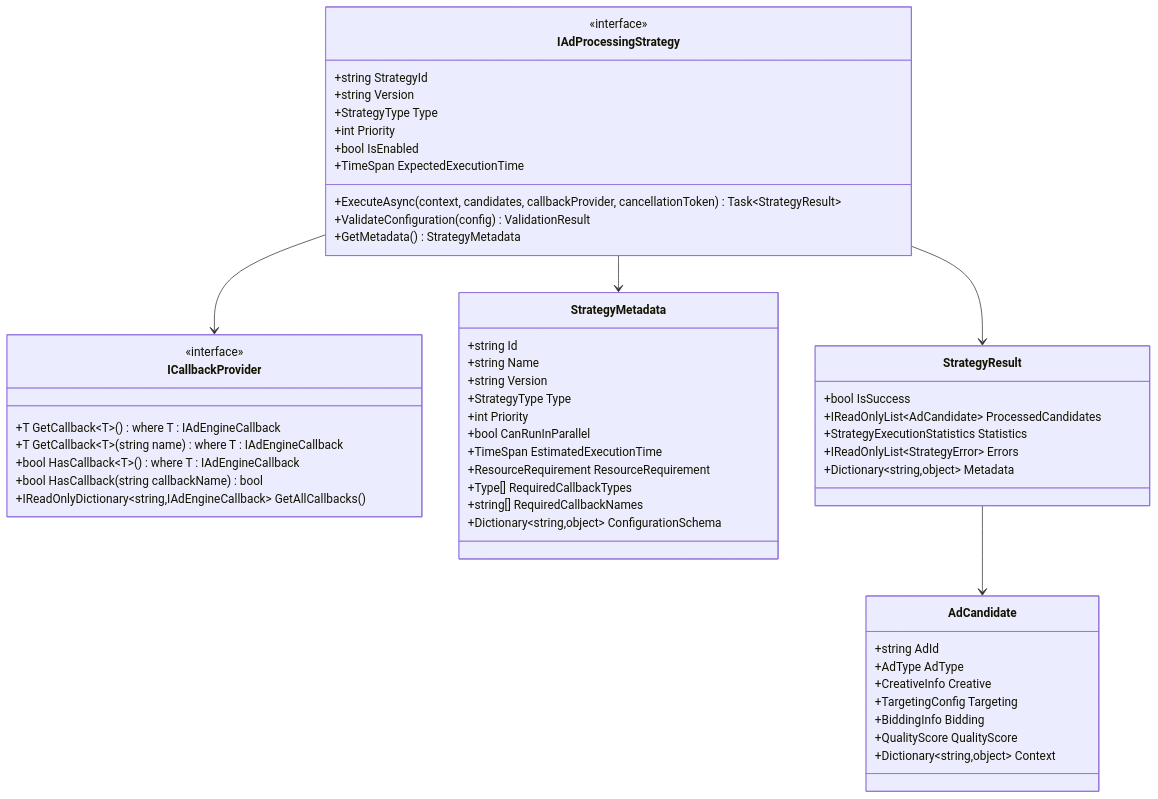
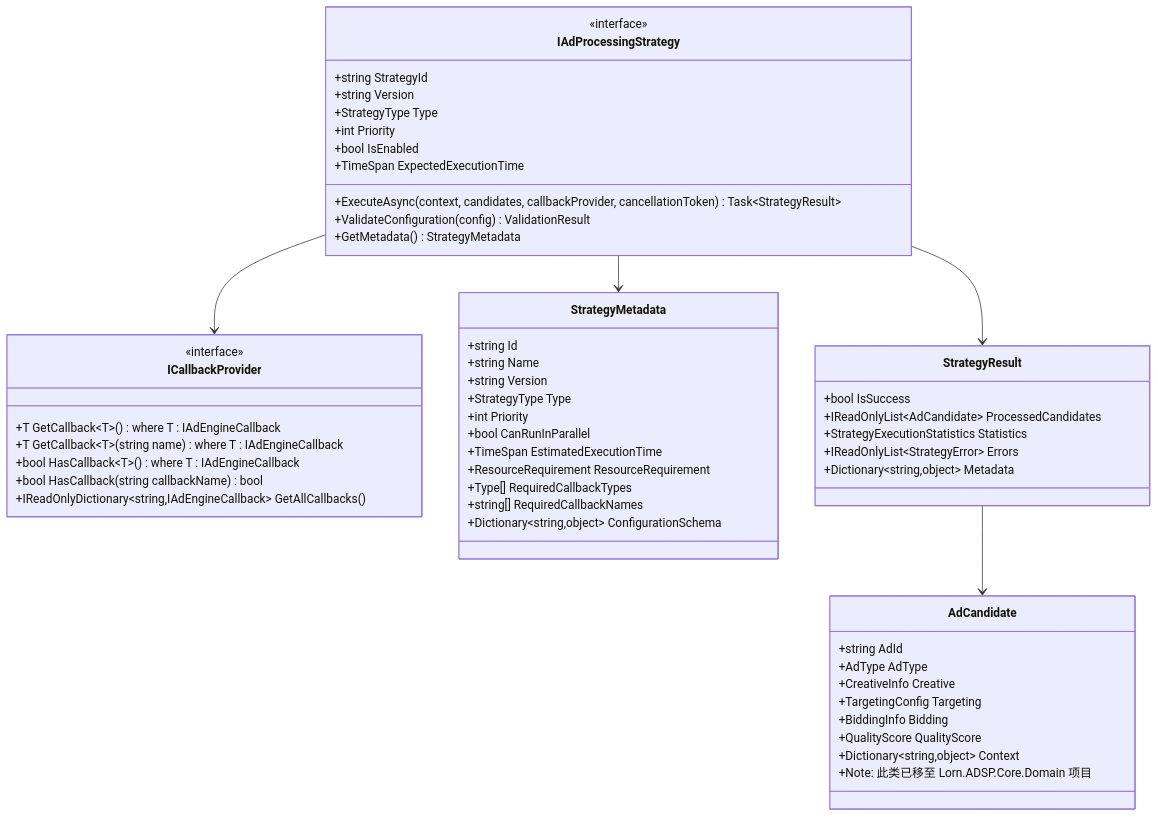
The second of 13 diagrams in docs_TecDesign/广告投放引擎/广告引擎抽象层设计.md (lornshrimp/Lorn.ADSP), drawn with Mermaid before and after one commit. The commit also changed other lines of this file and 71 other files, not shown here.

````diff
--- a/docs_TecDesign/广告投放引擎/广告引擎抽象层设计.md
+++ b/docs_TecDesign/广告投放引擎/广告引擎抽象层设计.md
@@ -64,61 +70,62 @@
 ```mermaid
 classDiagram
     class IAdProcessingStrategy {
         <<interface>>
         +string StrategyId
         +string Version
         +StrategyType Type
         +int Priority
         +bool IsEnabled
         +TimeSpan ExpectedExecutionTime
         +ExecuteAsync(context, candidates, callbackProvider, cancellationToken) Task~StrategyResult~
         +ValidateConfiguration(config) ValidationResult
         +GetMetadata() StrategyMetadata
     }
     
     class ICallbackProvider {
         <<interface>>
         +T GetCallback~T~() where T : IAdEngineCallback
         +T GetCallback~T~(string name) where T : IAdEngineCallback
         +bool HasCallback~T~() where T : IAdEngineCallback
         +bool HasCallback(string callbackName) bool
         +IReadOnlyDictionary~string,IAdEngineCallback~ GetAllCallbacks()
     }
     
     class StrategyMetadata {
         +string Id
         +string Name
         +string Version
         +StrategyType Type
         +int Priority
         +bool CanRunInParallel
         +TimeSpan EstimatedExecutionTime
         +ResourceRequirement ResourceRequirement
         +Type[] RequiredCallbackTypes
         +string[] RequiredCallbackNames
         +Dictionary~string,object~ ConfigurationSchema
     }
     
     class StrategyResult {
         +bool IsSuccess
         +IReadOnlyList~AdCandidate~ ProcessedCandidates
         +StrategyExecutionStatistics Statistics
         +IReadOnlyList~StrategyError~ Errors
         +Dictionary~string,object~ Metadata
     }
     
     class AdCandidate {
         +string AdId
         +AdType AdType
         +CreativeInfo Creative
         +TargetingConfig Targeting
         +BiddingInfo Bidding
         +QualityScore QualityScore
         +Dictionary~string,object~ Context
+        +Note: 此类已移至 Lorn.ADSP.Core.Domain 项目
     }
     
     IAdProcessingStrategy --> StrategyMetadata
     IAdProcessingStrategy --> StrategyResult
     IAdProcessingStrategy --> ICallbackProvider
     StrategyResult --> AdCandidate
 ```
````
